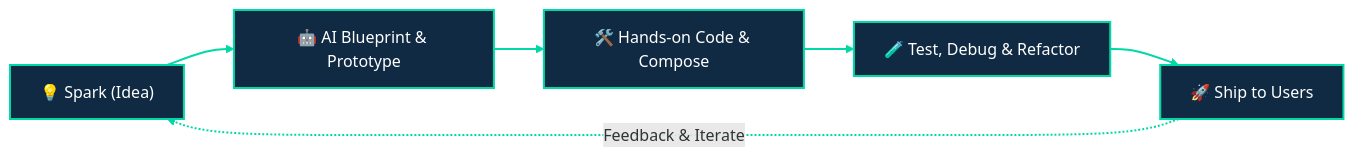
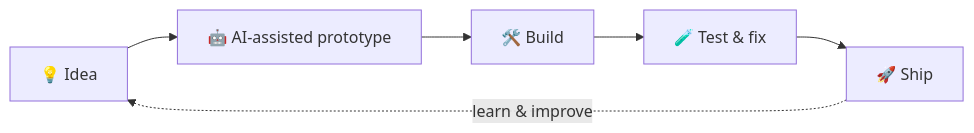
Before and after one commit to Tombytee/Tombytee: the diagram in README.md, drawn with Mermaid. The commit also changed other lines of this file, not shown here.

````diff
--- a/README.md
+++ b/README.md
@@ -144,11 +138,8 @@
 ```mermaid
 flowchart LR
-    A["💡 Spark (Idea)"] --> B["🤖 AI Blueprint & Prototype"]
-    B --> C["🛠️ Hands-on Code & Compose"]
-    C --> D["🧪 Test, Debug & Refactor"]
-    D --> E["🚀 Ship to Users"]
-    E -. "Feedback & Iterate" .-> A
-
-    classDef default fill:#102A43,stroke:#00D9A6,stroke-width:2px,color:#FFFFFF;
-    linkStyle default stroke:#00D9A6,stroke-width:2px;
+    A["💡 Idea"] --> B["🤖 AI-assisted prototype"]
+    B --> C["🛠️ Build"]
+    C --> D["🧪 Test & fix"]
+    D --> E["🚀 Ship"]
+    E -. "learn & improve" .-> A
 ```
````
